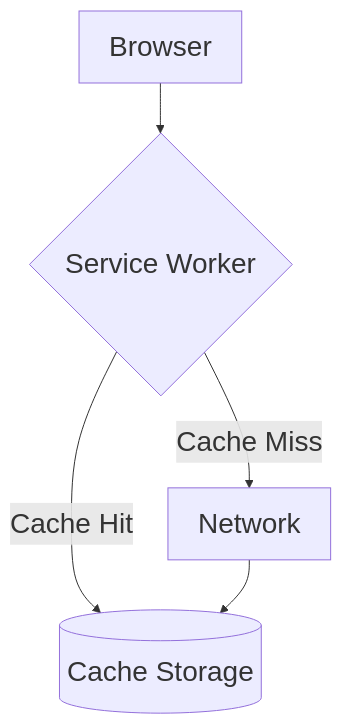
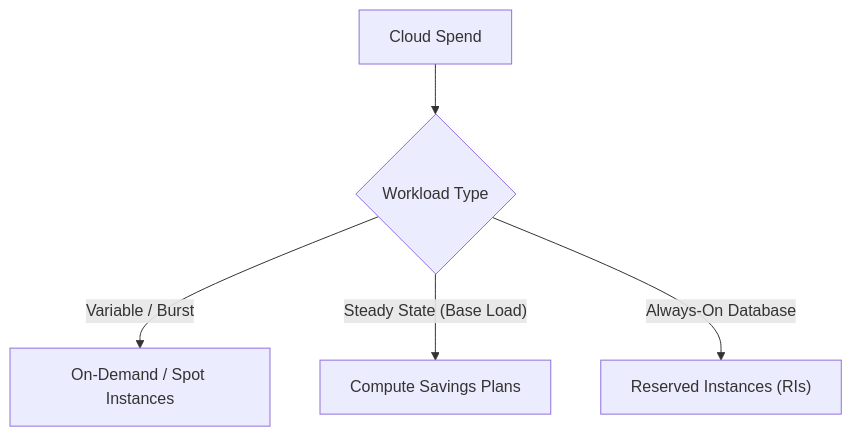
Before and after one commit to j4flmao/agent-skills: the diagram in skills/enterprise/references/finops_optimization.md, drawn with Mermaid. The commit also changed other lines of this file and 3 other files, not shown here.

````diff
--- a/skills/enterprise/references/finops_optimization.md
+++ b/skills/enterprise/references/finops_optimization.md
@@ -48,8 +19,8 @@
 ```mermaid
-%%{init: {"theme": "default", "themeVariables": {"fontSize": "28px"}, "flowchart": {"useMaxWidth": true}}}%%
-graph TD
-    A[Browser] --> B{Service Worker}
-    B -->|Cache Hit| C[(Cache Storage)]
-    B -->|Cache Miss| D[Network]
-    D --> C
+%%{init: {"theme": "default", "flowchart": {"useMaxWidth": true}}}%%
+flowchart TD
+    A["Cloud Spend"] --> B{"Workload Type"}
+    B -->|"Variable / Burst"| C["On-Demand / Spot Instances"]
+    B -->|"Steady State (Base Load)"| D["Compute Savings Plans"]
+    B -->|"Always-On Database"| E["Reserved Instances (RIs)"]
 ```
````
